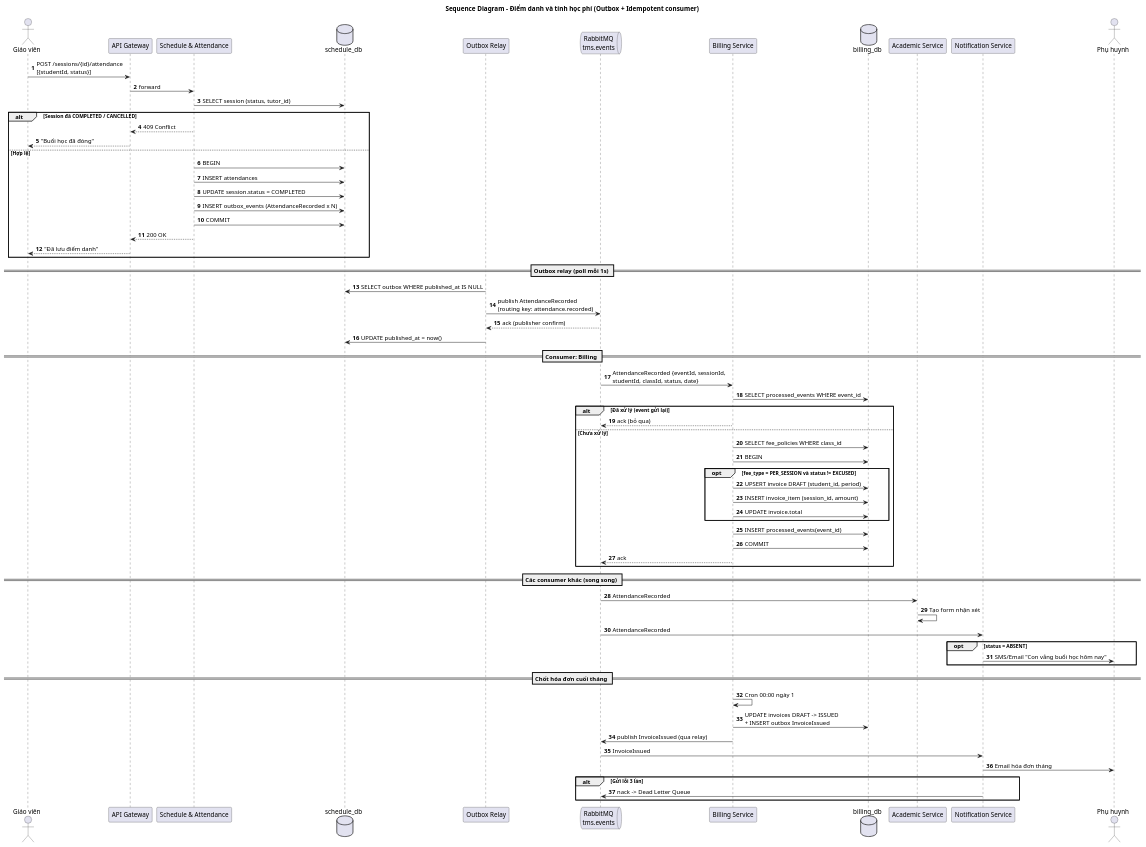
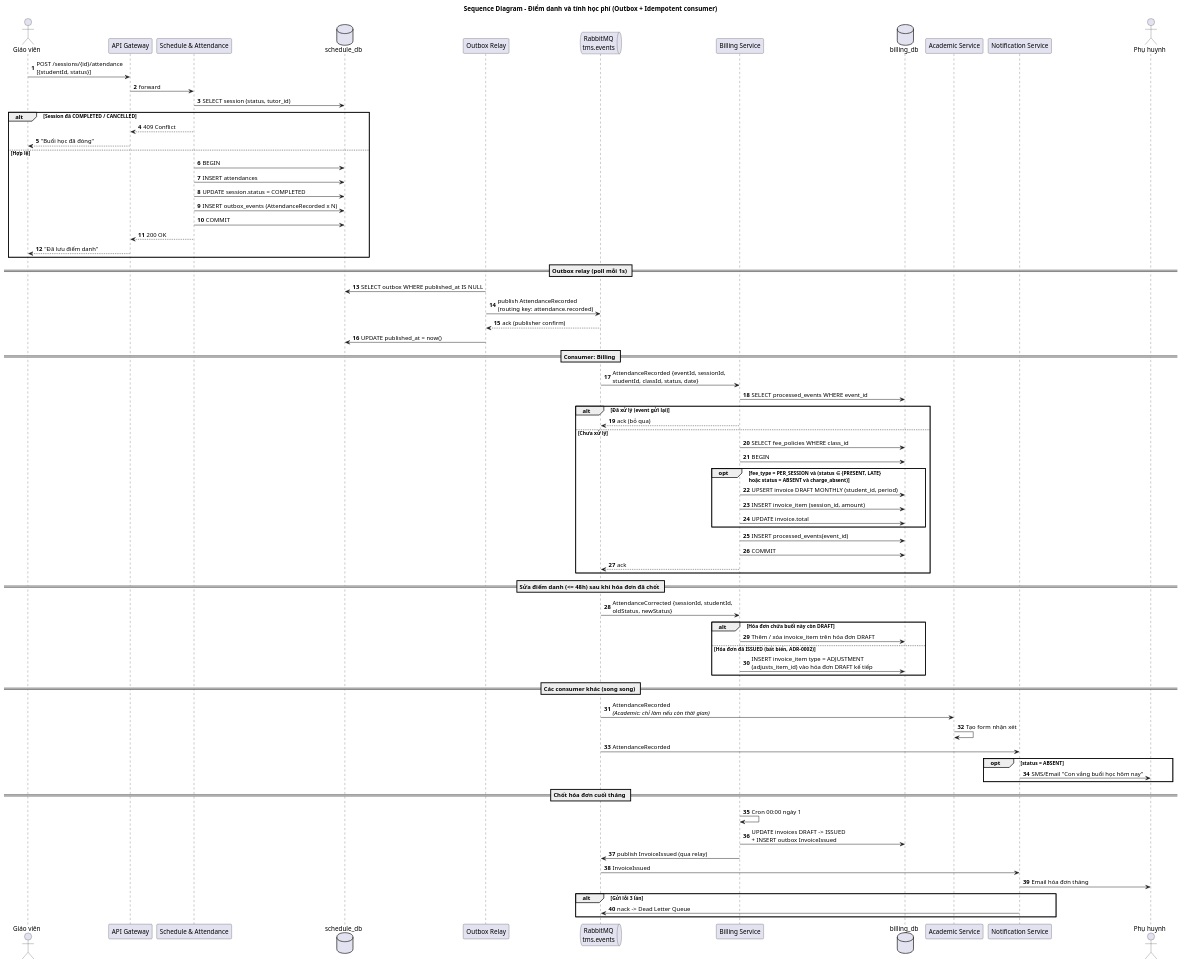
The diagram in docs/diagrams/08-sequence-attendance-billing.puml (thuanbui-1203/private-tutor-management-system), drawn with PlantUML before and after one commit. The commit also changed 15 other files, not shown here.

First line of the commit message:
Checkpoint: sync diagrams and service docs with domain decisions

```diff
--- a/docs/diagrams/08-sequence-attendance-billing.puml
+++ b/docs/diagrams/08-sequence-attendance-billing.puml
@@ -1,77 +1,85 @@
 @startuml 08-sequence-attendance-billing
 ' Sequence diagram - Điểm danh -> Billing -> Notification (Outbox + Idempotency)
 title Sequence Diagram - Điểm danh và tính học phí (Outbox + Idempotent consumer)
 autonumber
 skinparam responseMessageBelowArrow true
 
 actor "Giáo viên" as U
 participant "API Gateway" as GW
 participant "Schedule & Attendance" as Sc
 database "schedule_db" as ScDB
 participant "Outbox Relay" as Relay
 queue "RabbitMQ\ntms.events" as MQ
 participant "Billing Service" as Bi
 database "billing_db" as BiDB
 participant "Academic Service" as Ac
 participant "Notification Service" as No
 actor "Phụ huynh" as P
 
 U -> GW : POST /sessions/{id}/attendance\n[{studentId, status}]
 GW -> Sc : forward
 Sc -> ScDB : SELECT session (status, tutor_id)
 alt Session đã COMPLETED / CANCELLED
   Sc --> GW : 409 Conflict
   GW --> U : "Buổi học đã đóng"
 else Hợp lệ
   Sc -> ScDB : BEGIN
   Sc -> ScDB : INSERT attendances
   Sc -> ScDB : UPDATE session.status = COMPLETED
   Sc -> ScDB : INSERT outbox_events (AttendanceRecorded x N)
   Sc -> ScDB : COMMIT
   Sc --> GW : 200 OK
   GW --> U : "Đã lưu điểm danh"
 end
 
 == Outbox relay (poll mỗi 1s) ==
 Relay -> ScDB : SELECT outbox WHERE published_at IS NULL
 Relay -> MQ : publish AttendanceRecorded\n(routing key: attendance.recorded)
 MQ --> Relay : ack (publisher confirm)
 Relay -> ScDB : UPDATE published_at = now()
 
 == Consumer: Billing ==
 MQ -> Bi : AttendanceRecorded {eventId, sessionId,\nstudentId, classId, status, date}
 Bi -> BiDB : SELECT processed_events WHERE event_id
 alt Đã xử lý (event gửi lại)
   Bi --> MQ : ack (bỏ qua)
 else Chưa xử lý
   Bi -> BiDB : SELECT fee_policies WHERE class_id
   Bi -> BiDB : BEGIN
-  opt fee_type = PER_SESSION và status != EXCUSED
-    Bi -> BiDB : UPSERT invoice DRAFT (student_id, period)
+  opt fee_type = PER_SESSION và (status ∈ {PRESENT, LATE}\nhoặc status = ABSENT và charge_absent)
+    Bi -> BiDB : UPSERT invoice DRAFT MONTHLY (student_id, period)
     Bi -> BiDB : INSERT invoice_item (session_id, amount)
     Bi -> BiDB : UPDATE invoice.total
   end
   Bi -> BiDB : INSERT processed_events(event_id)
   Bi -> BiDB : COMMIT
   Bi --> MQ : ack
 end
 
+== Sửa điểm danh (<= 48h) sau khi hóa đơn đã chốt ==
+MQ -> Bi : AttendanceCorrected {sessionId, studentId,\noldStatus, newStatus}
+alt Hóa đơn chứa buổi này còn DRAFT
+  Bi -> BiDB : Thêm / xóa invoice_item trên hóa đơn DRAFT
+else Hóa đơn đã ISSUED (bất biến, ADR-0002)
+  Bi -> BiDB : INSERT invoice_item type = ADJUSTMENT\n(adjusts_item_id) vào hóa đơn DRAFT kế tiếp
+end
+
 == Các consumer khác (song song) ==
-MQ -> Ac : AttendanceRecorded
+MQ -> Ac : AttendanceRecorded\n<i>(Academic: chỉ làm nếu còn thời gian)</i>
 Ac -> Ac : Tạo form nhận xét
 MQ -> No : AttendanceRecorded
 opt status = ABSENT
   No -> P : SMS/Email "Con vắng buổi học hôm nay"
 end
 
 == Chốt hóa đơn cuối tháng ==
 Bi -> Bi : Cron 00:00 ngày 1
 Bi -> BiDB : UPDATE invoices DRAFT -> ISSUED\n+ INSERT outbox InvoiceIssued
 Bi -> MQ : publish InvoiceIssued (qua relay)
 MQ -> No : InvoiceIssued
 No -> P : Email hóa đơn tháng
 alt Gửi lỗi 3 lần
   No -> MQ : nack -> Dead Letter Queue
 end
 
 @enduml
```
